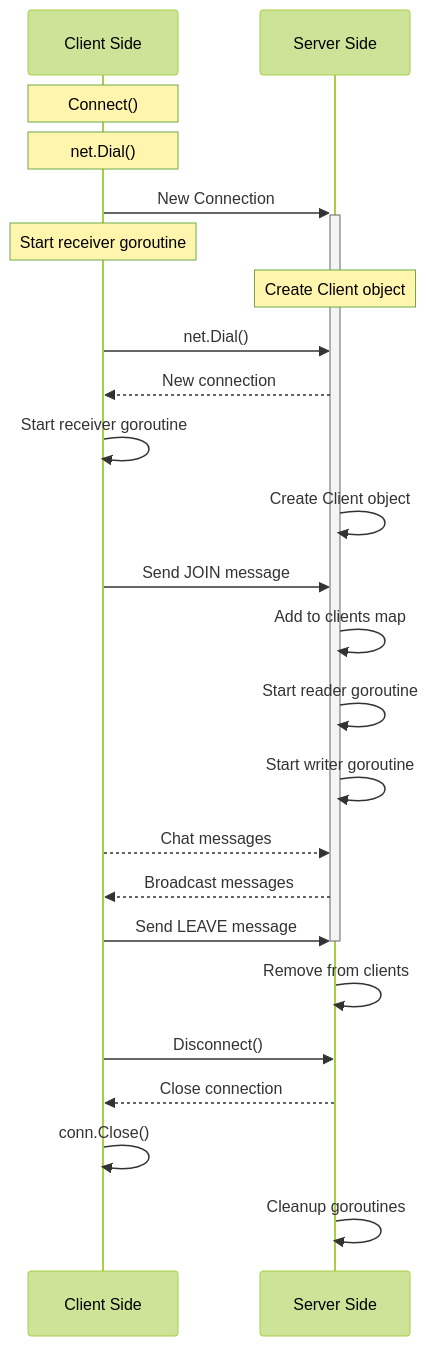
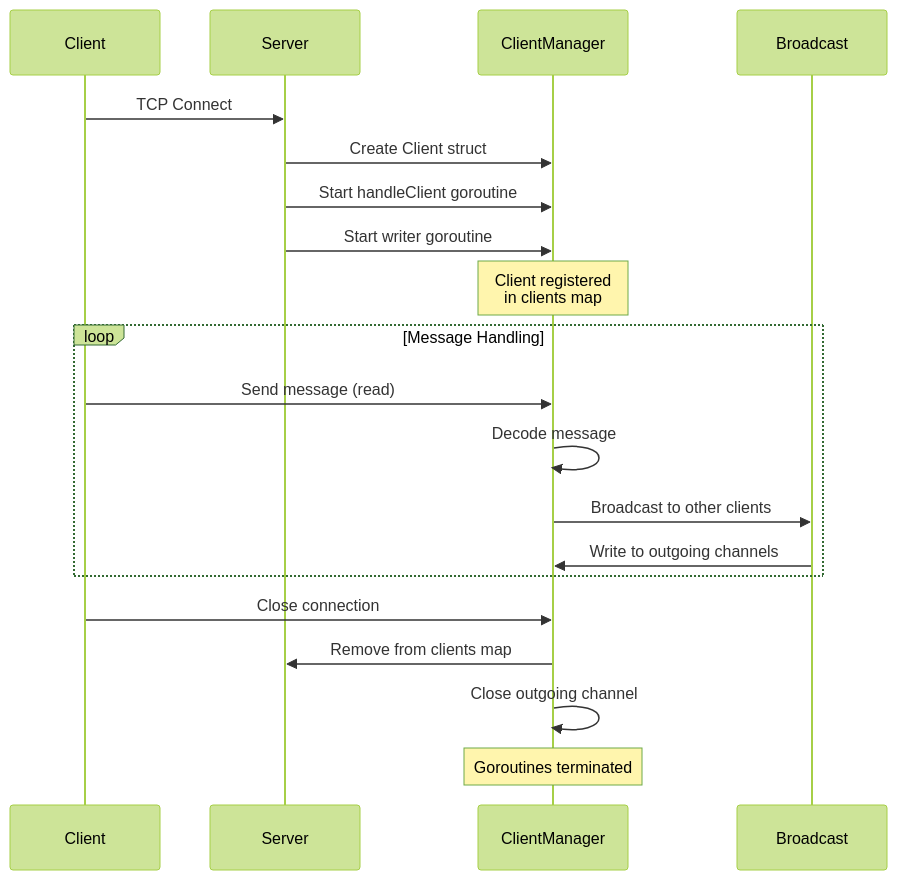
The second of 5 diagrams in doc/architecture.md (Omochice/toy-socket-chat), drawn with Mermaid (forest theme) before and after one commit. The commit also changed other lines of this file, not shown here.

First line of the commit message:
docs: add mermaid diagrams to architecture documentation

````diff
--- a/doc/architecture.md
+++ b/doc/architecture.md
@@ -324,35 +188,26 @@
 ```mermaid
 sequenceDiagram
-    participant Client as Client Side
-    participant Server as Server Side
+    participant Client
+    participant Server
+    participant ClientManager
+    participant Broadcast
 
-    Note over Client: Connect()
-    Note over Client: net.Dial()
-    Client->>+Server: New Connection
-    Note over Client: Start receiver goroutine
-    Note over Server: Create Client object
-    Client->>Server: net.Dial()
-    Server-->>Client: New connection
+    Client->>Server: TCP Connect
+    Server->>ClientManager: Create Client struct
+    Server->>ClientManager: Start handleClient goroutine
+    Server->>ClientManager: Start writer goroutine
 
-    Client->>Client: Start receiver goroutine
-    Server->>Server: Create Client object
+    Note over ClientManager: Client registered<br/>in clients map
 
-    Client->>Server: Send JOIN message
-    Server->>Server: Add to clients map
+    loop Message Handling
+        Client->>ClientManager: Send message (read)
+        ClientManager->>ClientManager: Decode message
+        ClientManager->>Broadcast: Broadcast to other clients
+        Broadcast->>ClientManager: Write to outgoing channels
+    end
 
-    Server->>Server: Start reader goroutine
-    Server->>Server: Start writer goroutine
-
-    Client-->>Server: Chat messages
-    Server-->>Client: Broadcast messages
-
-    Client->>Server: Send LEAVE message
-    deactivate Server
-    Server->>Server: Remove from clients
-
-    Client->>Server: Disconnect()
-    Server-->>Client: Close connection
-
-    Client->>Client: conn.Close()
-    Server->>Server: Cleanup goroutines
+    Client->>ClientManager: Close connection
+    ClientManager->>Server: Remove from clients map
+    ClientManager->>ClientManager: Close outgoing channel
+    Note over ClientManager: Goroutines terminated
 ```
````
